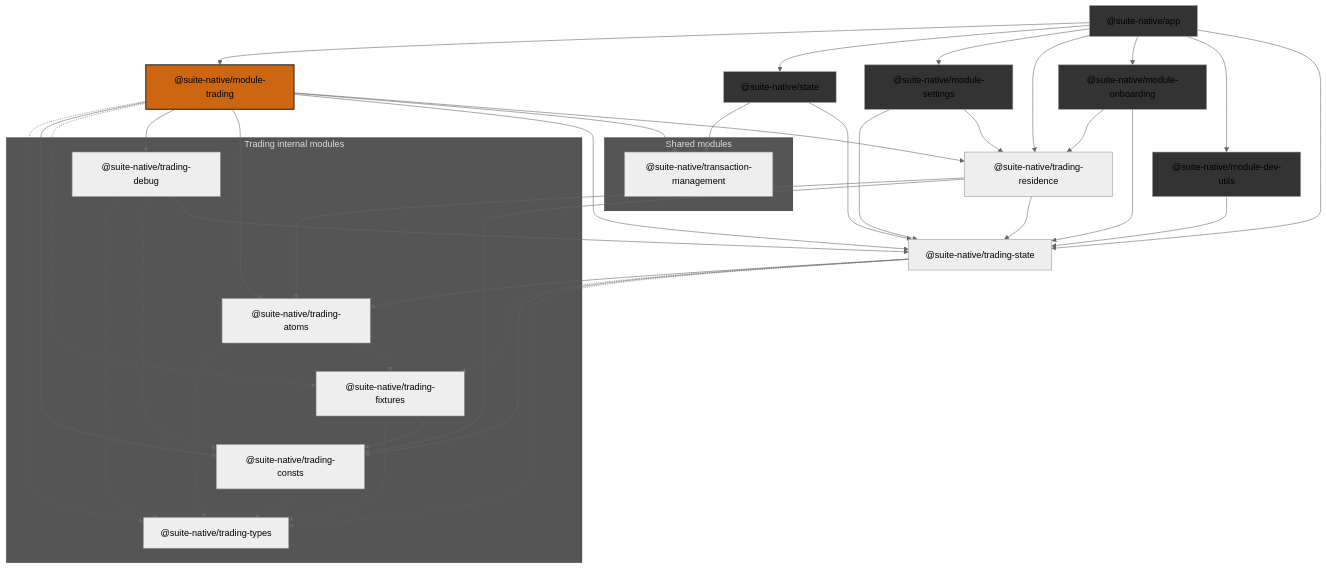
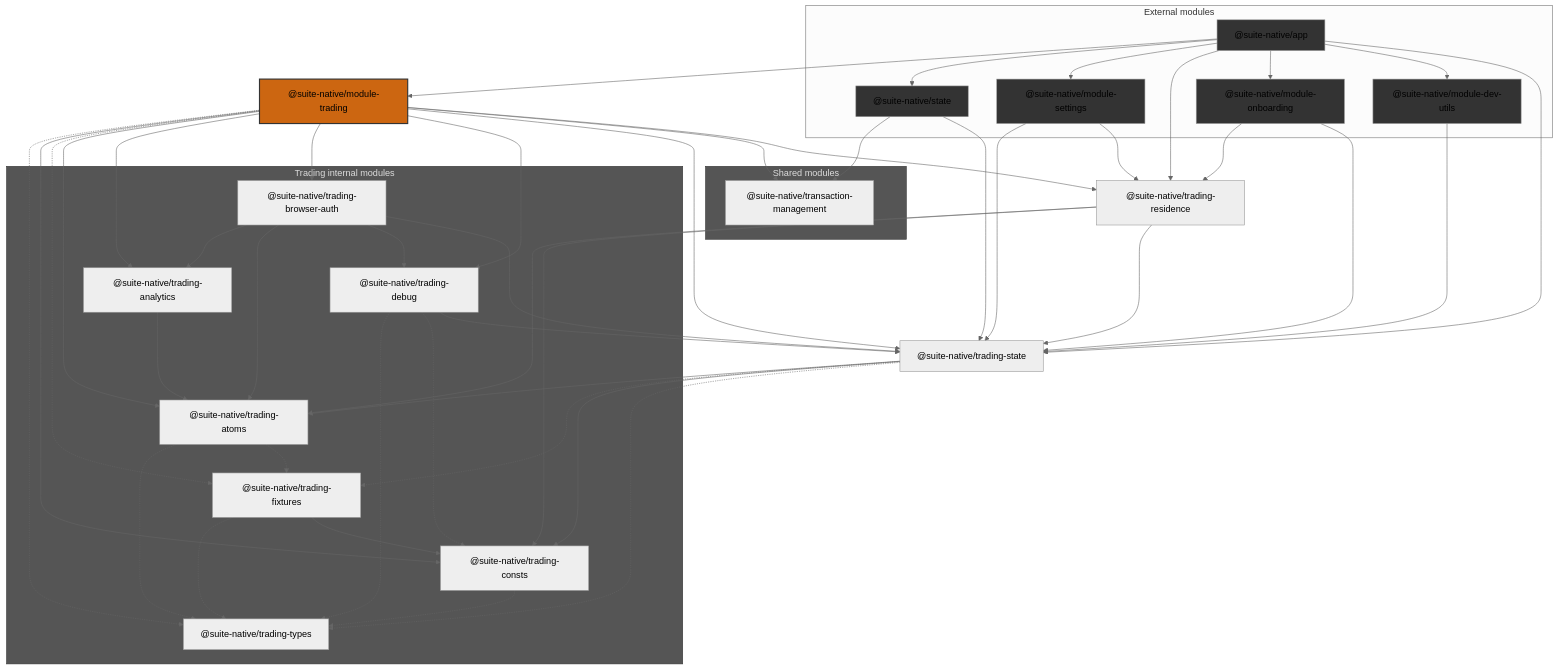
The diagram in suite-native/module-trading/README.md (trezor/trezor-suite), drawn with Mermaid (neutral theme) before and after one commit. The commit also changed other lines of this file and 60 other files, not shown here.

Commit message:
chore(suite-native): Mobile Trading: Refactor analytics and browser auth to standalone packages

````diff
--- a/suite-native/module-trading/README.md
+++ b/suite-native/module-trading/README.md
@@ -42,66 +44,77 @@
 ```mermaid
 graph TD
-    app["@suite-native/app"]
-    module-dev-utils["@suite-native/module-dev-utils"]
-    module-onboarding["@suite-native/module-onboarding"]
-    module-settings["@suite-native/module-settings"]
-    state["@suite-native/state"]
+    subgraph non-trading-modules["External modules"]
+        app["@suite-native/app"]
+        module-onboarding["@suite-native/module-onboarding"]
+        module-settings["@suite-native/module-settings"]
+        state["@suite-native/state"]
+        module-dev-utils["@suite-native/module-dev-utils"]
+    end
     module-trading["@suite-native/module-trading"]
     trading-residence["@suite-native/trading-residence"]
     trading-state["@suite-native/trading-state"]
     subgraph trading-internal["Trading internal modules"]
         trading-atoms["@suite-native/trading-atoms"]
+        trading-analytics["@suite-native/trading-analytics"]
+        trading-browser-auth["@suite-native/trading-browser-auth"]
         trading-debug["@suite-native/trading-debug"]
         trading-fixtures["@suite-native/trading-fixtures"]
         trading-types["@suite-native/trading-types"]
         trading-consts["@suite-native/trading-consts"]
     end
     subgraph shared["Shared modules"]
         transaction-management["@suite-native/transaction-management"]
     end
 
     app --> module-trading
     app --> state
     app --> module-settings
     app --> trading-residence
     app --> module-onboarding
     app --> module-dev-utils
     app --> trading-state
     module-dev-utils --> trading-state
     module-onboarding --> trading-residence
     module-onboarding --> trading-state
     state --> transaction-management
     state --> trading-state
     module-settings --> trading-state
     module-settings --> trading-residence
     module-trading -.-> trading-types
     module-trading --> trading-consts
     module-trading -.-> trading-fixtures
+    module-trading --> trading-atoms
+    module-trading --> trading-analytics
+    module-trading --> trading-browser-auth
     module-trading --> trading-debug
-    module-trading --> trading-atoms
     module-trading --> trading-state
     module-trading --> transaction-management
     module-trading --> trading-residence
+    trading-browser-auth --> trading-analytics
+    trading-browser-auth --> trading-atoms
+    trading-browser-auth --> trading-debug
+    trading-browser-auth --> trading-state
+    trading-analytics --> trading-atoms
     trading-residence --> trading-state
     trading-residence --> trading-atoms
     trading-residence --> trading-consts
     trading-state --> trading-atoms
     trading-state -.-> trading-fixtures
     trading-state --> trading-consts
     trading-state -.-> trading-types
     trading-atoms -.-> trading-types
     trading-debug -.-> trading-types
     trading-debug -.-> trading-consts
     trading-debug --> trading-state
     trading-atoms -.-> trading-fixtures
     trading-fixtures -.-> trading-types
     trading-fixtures --> trading-consts
     trading-consts -.-> trading-types
 
     classDef outer fill: #333
     classDef trading-root fill: #c61, stroke: #333, stroke-width: 2px
     classDef trading-group fill: #555, stroke: #333, color: #ddd
     class app,module-dev-utils,module-onboarding,module-settings,state outer
     class module-trading trading-root
     class trading-internal,shared trading-group
 ```
````
